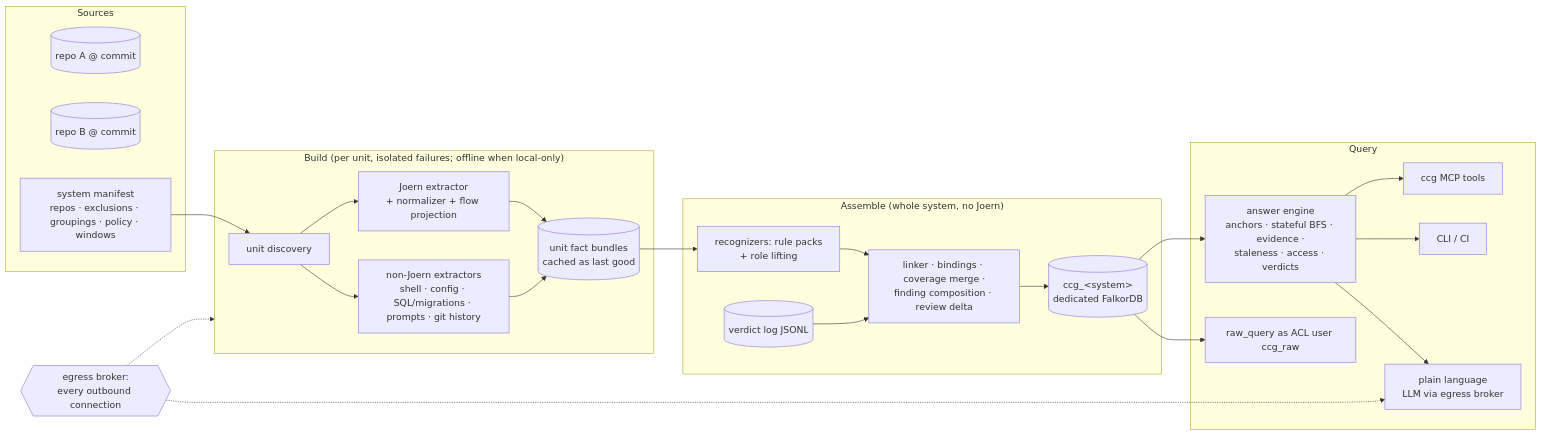
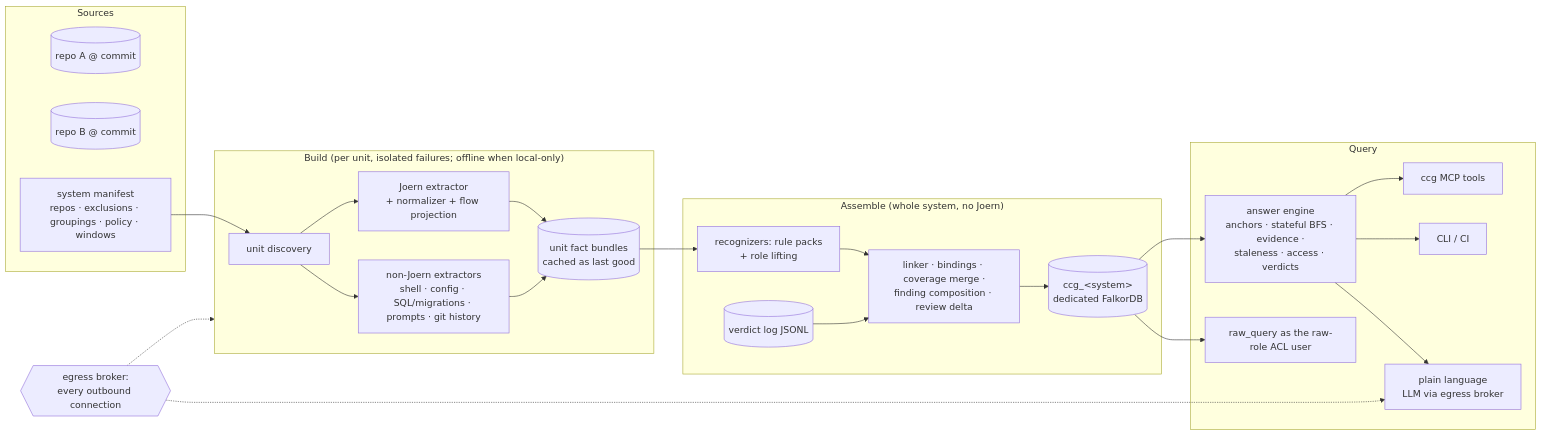
One commit to mauriciobs666/graphmind-ai-lab changed the diagram in docs/plans/connected-code-graph.md. Above: the diagram before and after it, drawn with Mermaid. The commit also changed other lines of this file and 20 other files, not shown here.

Commit message:
C-1001 P1: plan-set revision — egress spec3, answer spec2, graph note, ML note edits, plan-set gate fixes (F1–F12), reviews

````diff
--- a/docs/plans/connected-code-graph.md
+++ b/docs/plans/connected-code-graph.md
@@ -308,30 +308,30 @@
 ```mermaid
 flowchart LR
   subgraph Sources
     R1[(repo A @ commit)]
     R2[(repo B @ commit)]
     SM[system manifest<br/>repos · exclusions · groupings · policy · windows]
   end
   subgraph Build["Build (per unit, isolated failures; offline when local-only)"]
     D[unit discovery] --> X1[Joern extractor<br/>+ normalizer + flow projection]
     D --> X2[non-Joern extractors<br/>shell · config · SQL/migrations · prompts · git history]
     X1 --> B[(unit fact bundles<br/>cached as last good)]
     X2 --> B
   end
   subgraph Assemble["Assemble (whole system, no Joern)"]
     B --> RP[recognizers: rule packs<br/>+ role lifting]
     RP --> L[linker · bindings · coverage merge ·<br/>finding composition · review delta]
     V[(verdict log JSONL)] --> L
     L --> G[(ccg_&lt;system&gt;<br/>dedicated FalkorDB)]
   end
   subgraph Query
     G --> E[answer engine<br/>anchors · stateful BFS · evidence ·<br/>staleness · access · verdicts]
     E --> C1[ccg MCP tools]
     E --> C2[CLI / CI]
     E --> C3[plain language<br/>LLM via egress broker]
-    G --> C4[raw_query as ACL user ccg_raw]
+    G --> C4[raw_query as the raw-role ACL user]
   end
   SM --> D
   EB{{egress broker:<br/>every outbound connection}} -.-> Build
   EB -.-> C3
 ```
````
